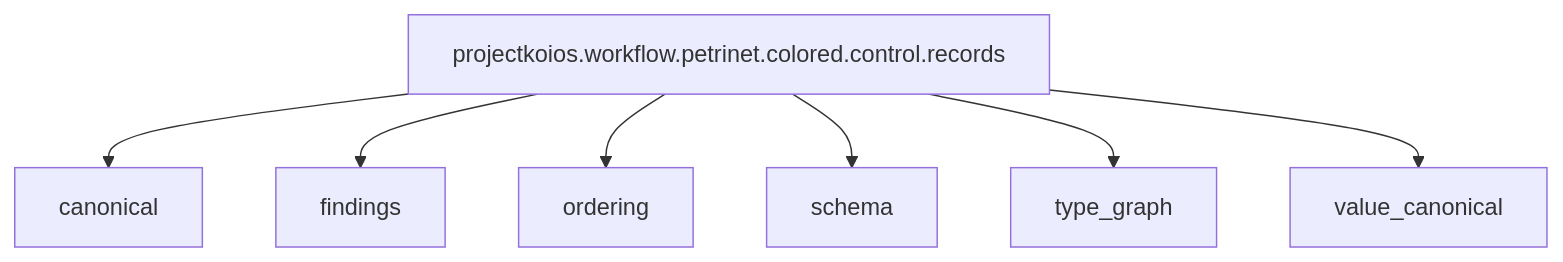
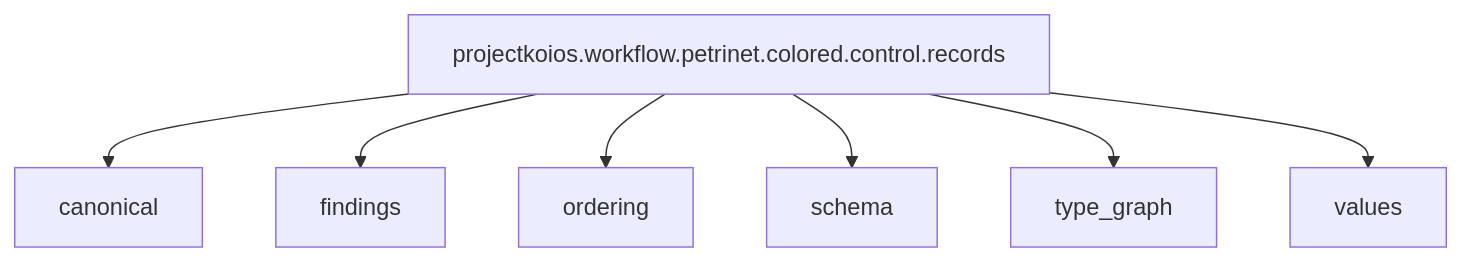
Before and after one commit to eragasa/projectkoios-workflow: the first of 2 diagrams in docs/architecture/projectkoios/workflow/petrinet/colored/control/records/schematics.md, drawn with Mermaid. The commit also changed 322 other files, not shown here.

````diff
--- a/docs/architecture/projectkoios/workflow/petrinet/colored/control/records/schematics.md
+++ b/docs/architecture/projectkoios/workflow/petrinet/colored/control/records/schematics.md
@@ -5,10 +5,10 @@
 ```mermaid
 flowchart TD
     owner["projectkoios.workflow.petrinet.colored.control.records"]
     owner --> child0["canonical"]
     owner --> child1["findings"]
     owner --> child2["ordering"]
     owner --> child3["schema"]
     owner --> child4["type_graph"]
-    owner --> child5["value_canonical"]
+    owner --> child5["values"]
 ```
````
